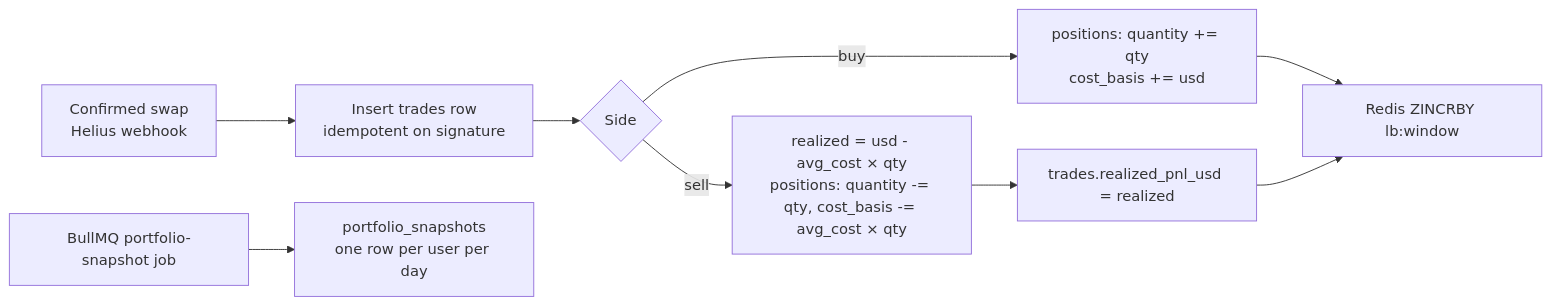
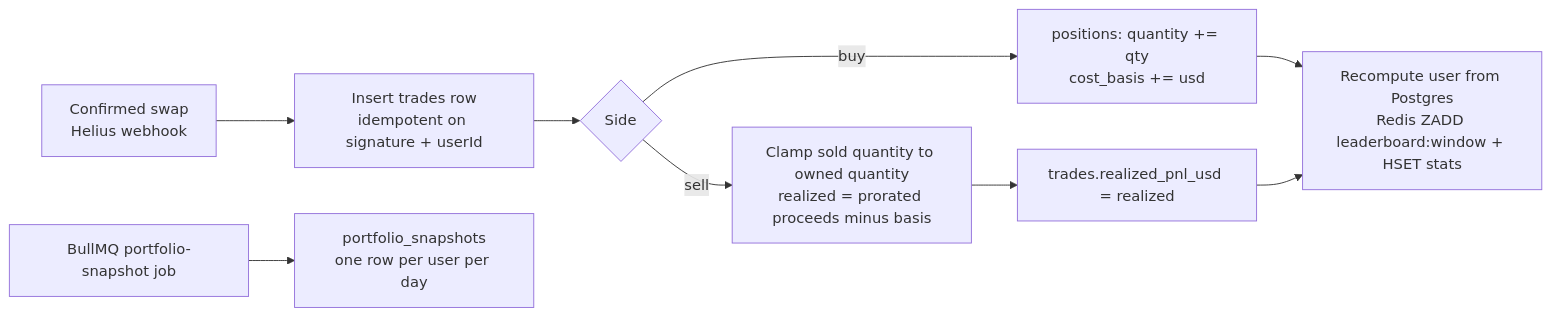
Before and after one commit to jog01/agele: the second of 3 diagrams in docs/data-model.md, drawn with Mermaid. The commit also changed other lines of this file and 46 other files, not shown here.

First line of the commit message:
feat(indexing): index Helius trades into portfolio, PnL and Redis leaderboard (#8)

````diff
--- a/docs/data-model.md
+++ b/docs/data-model.md
@@ -82,11 +82,11 @@
 ```mermaid
 flowchart LR
-  FILL[Confirmed swap<br/>Helius webhook] --> T[Insert trades row<br/>idempotent on signature]
+  FILL[Confirmed swap<br/>Helius webhook] --> T[Insert trades row<br/>idempotent on signature + userId]
   T --> P{Side}
   P -- buy --> B[positions: quantity += qty<br/>cost_basis += usd]
-  P -- sell --> S[realized = usd - avg_cost × qty<br/>positions: quantity -= qty, cost_basis -= avg_cost × qty]
+  P -- sell --> S[Clamp sold quantity to owned quantity<br/>realized = prorated proceeds minus basis]
   S --> R[trades.realized_pnl_usd = realized]
-  B --> LB[Redis ZINCRBY lb:window]
+  B --> LB[Recompute user from Postgres<br/>Redis ZADD leaderboard:window + HSET stats]
   R --> LB
   NIGHT[BullMQ portfolio-snapshot job] --> SNAP[portfolio_snapshots<br/>one row per user per day]
 ```
````
